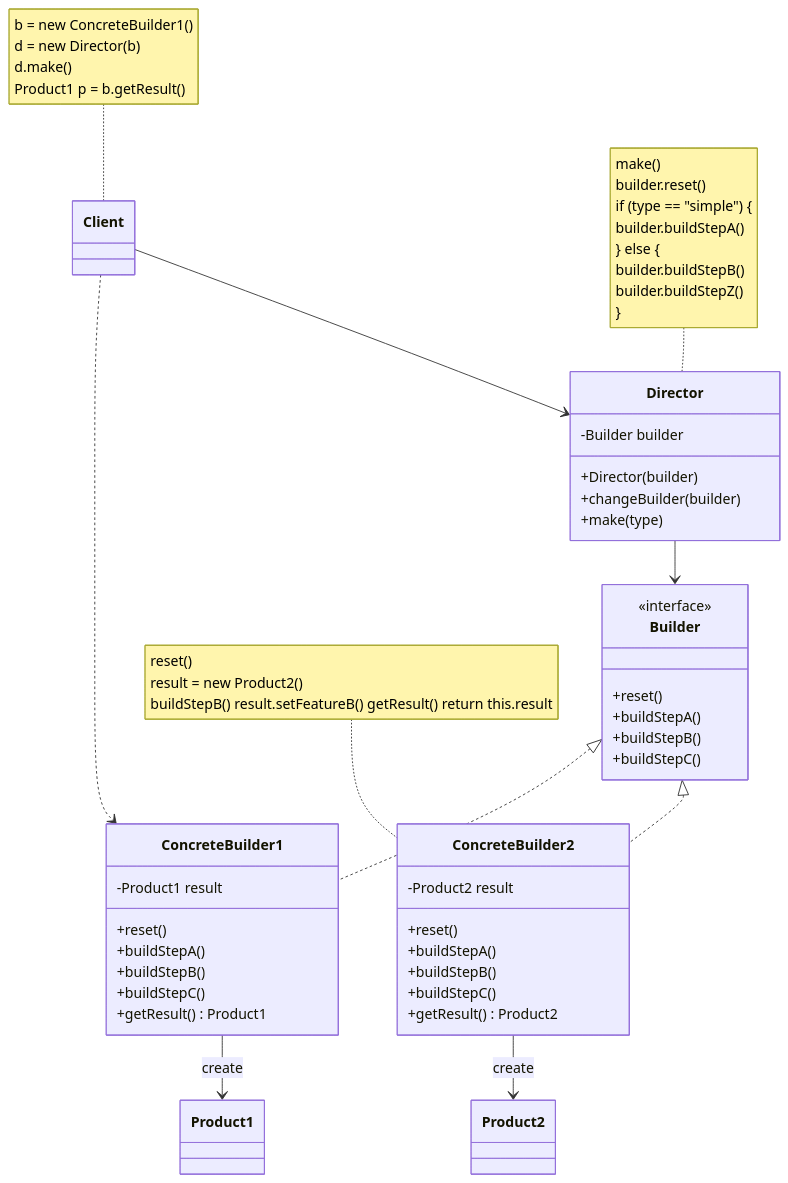
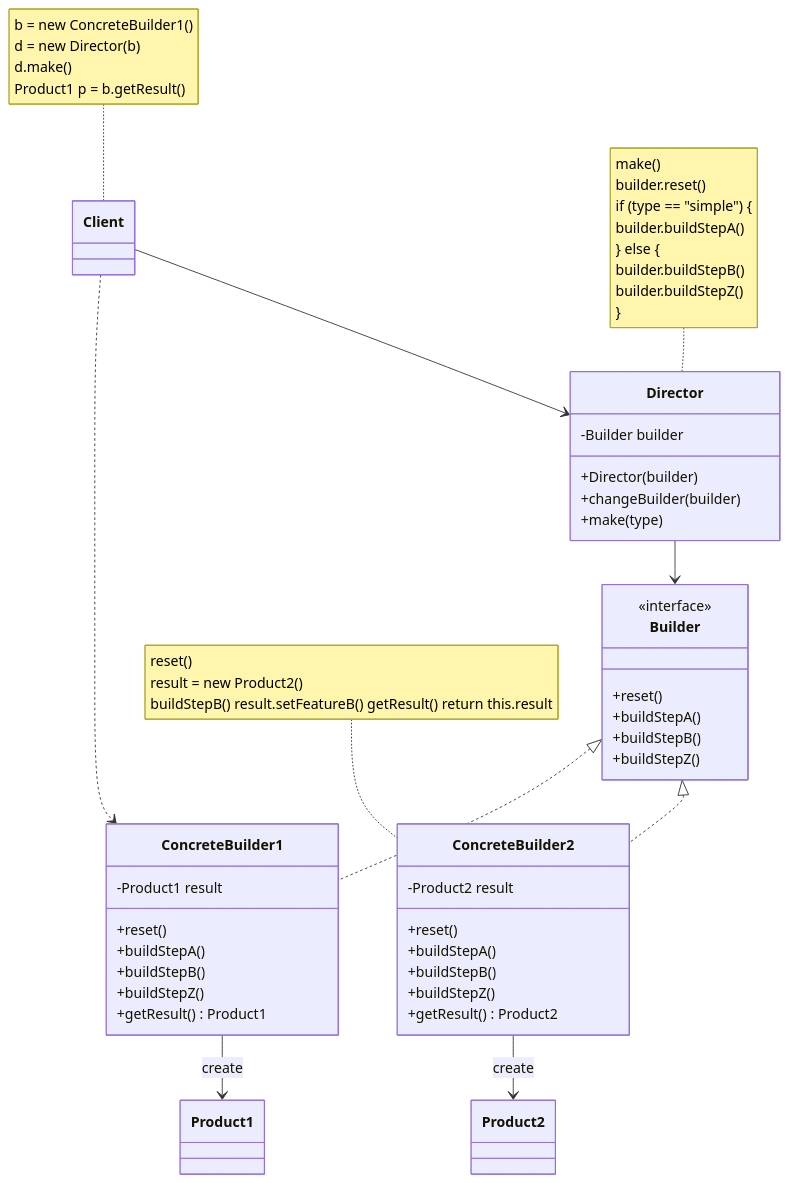
One commit to natukikazemizo/Sedna1.0 changed the diagram in docs/classDiaglams/softwareDesignPattern/generate/builder.md. Above: the diagram before and after it, drawn with Mermaid. The commit also changed 1 other file, not shown here.

Commit message:
デザインパターンの学習　一応終了

````diff
--- a/docs/classDiaglams/softwareDesignPattern/generate/builder.md
+++ b/docs/classDiaglams/softwareDesignPattern/generate/builder.md
@@ -1,72 +1,72 @@
 ```mermaid
 classDiagram
    direction TB
     class Client
     note for Client "b = new ConcreteBuilder1()
     d = new Director(b)
     d.make()
     Product1 p = b.getResult()"
     class Builder {
         <<interface>>
         +reset()
         +buildStepA()
         +buildStepB()
-        +buildStepC()
+        +buildStepZ()
     }
 
     class ConcreteBuilder1 {
         -Product1 result
         +reset()
         +buildStepA()
         +buildStepB()
-        +buildStepC()
+        +buildStepZ()
         +getResult() Product1
     }
 
     class ConcreteBuilder2 {
         -Product2 result
         +reset()
         +buildStepA()
         +buildStepB()
-        +buildStepC()
+        +buildStepZ()
         +getResult() Product2
     }
 
     note for ConcreteBuilder2 "reset()
     result = new Product2()
     
     buildStepB()
     result.setFeatureB()
     
     getResult()
     return this.result"
 
     class Director {
         -Builder builder
         +Director(builder)
         +changeBuilder(builder)
         +make(type)
     }
 
     note for Director "make()
     builder.reset()
     if (type == &quot;simple&quot;) {
         builder.buildStepA()
     } else {
         builder.buildStepB()
         builder.buildStepZ()
     }
     "
 
     class Product1
     class Product2
 
     Client ..> ConcreteBuilder1
     Client --> Director
     Director --> Builder
     Builder <|.. ConcreteBuilder1
     Builder <|.. ConcreteBuilder2
     ConcreteBuilder1 --> Product1:create
     ConcreteBuilder2 --> Product2:create
 
 ```
````
